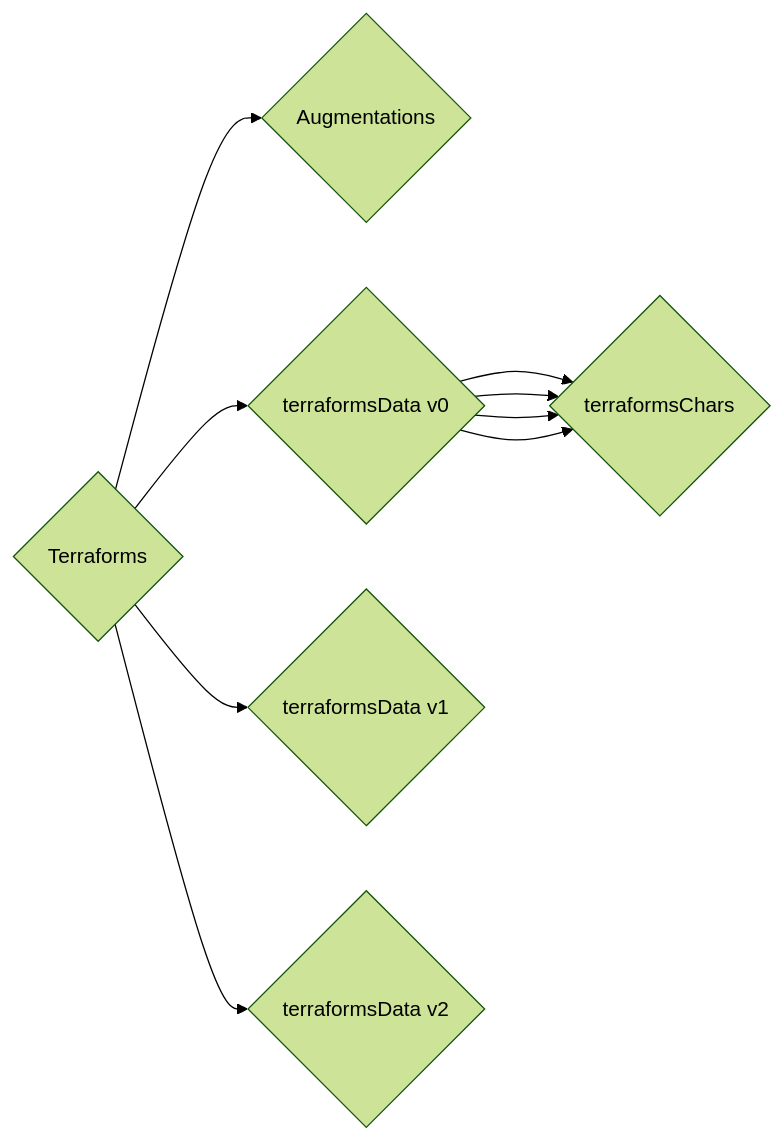
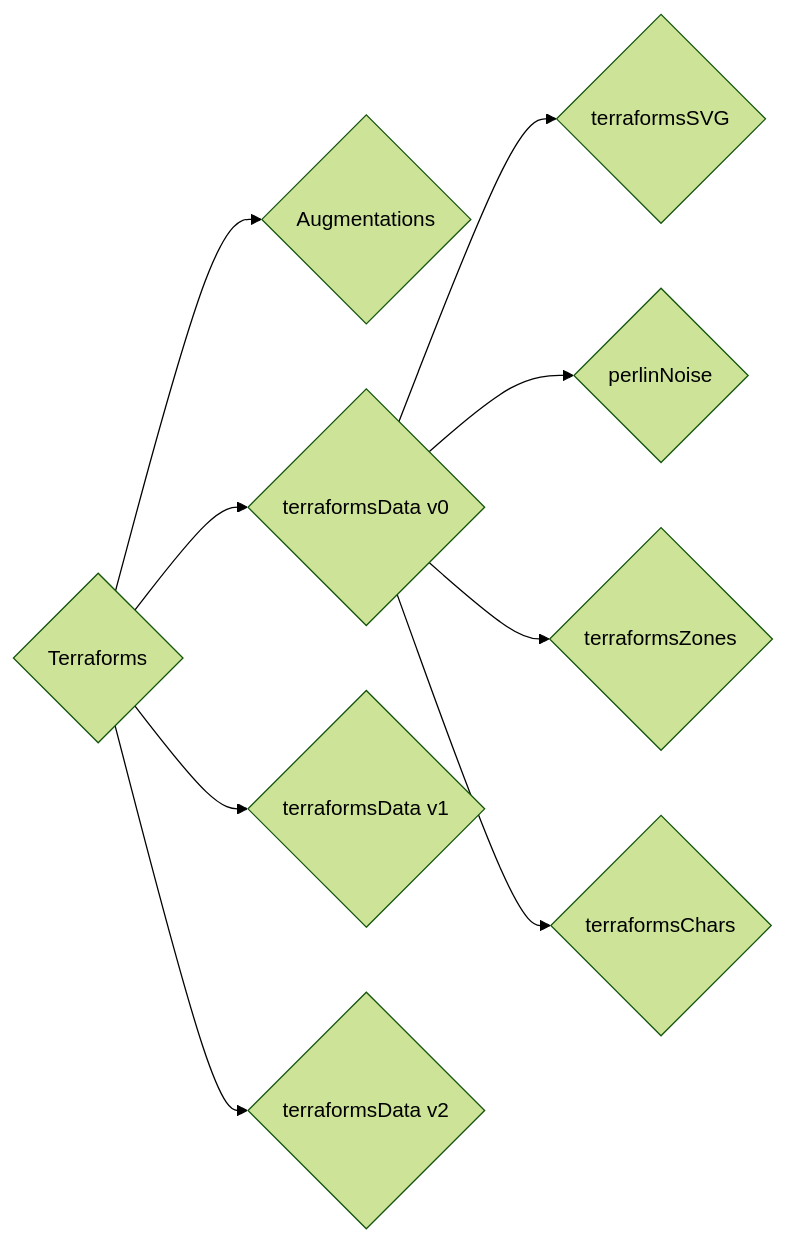
One commit to thebadcc/terraform-docs changed the first of 2 diagrams in contracts/Terraforms.md. Above: the diagram before and after it, drawn with Mermaid (forest theme).

````diff
--- a/contracts/Terraforms.md
+++ b/contracts/Terraforms.md
@@ -22,11 +22,11 @@
 ```mermaid
 graph LR
     A{Terraforms} --> B{Augmentations}
     A --> C{terraformsData v0}
     A --> D{terraformsData v1}
     A --> E{terraformsData v2}
     C --> F{terraformsSVG}
-    C --> F{perlinNoise}
-    C --> F{terraformsZones}
-    C --> F{terraformsChars}
+    C --> G{perlinNoise}
+    C --> H{terraformsZones}
+    C --> I{terraformsChars}
 ```
````
